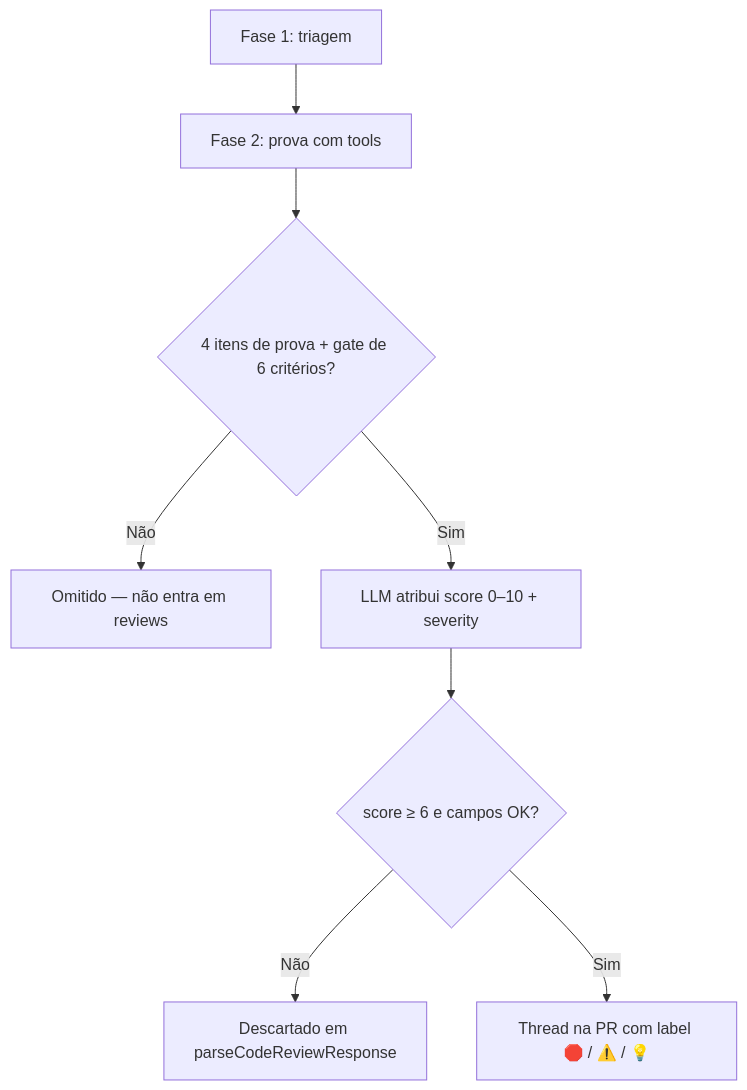
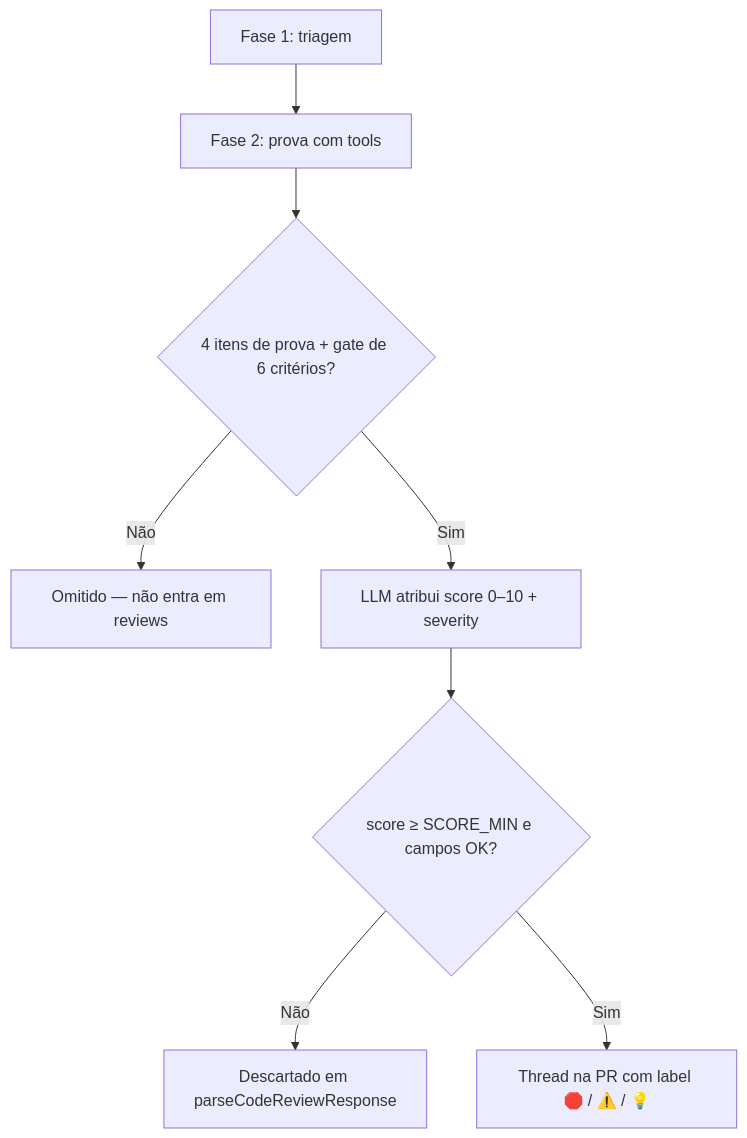
Before and after one commit to jpolvora/cursor-reviewer: the diagram in docs/score_calc.md, drawn with Mermaid. The commit also changed other lines of this file and 18 other files, not shown here.

First line of the commit message:
feat(config): add configurable SCORE_MIN threshold for review threads

````diff
--- a/docs/score_calc.md
+++ b/docs/score_calc.md
@@ -15,10 +15,10 @@
 ```mermaid
 flowchart TD
     A[Fase 1: triagem] --> B[Fase 2: prova com tools]
     B --> C{4 itens de prova + gate de 6 critérios?}
     C -->|Não| D[Omitido — não entra em reviews]
     C -->|Sim| E[LLM atribui score 0–10 + severity]
-    E --> F{score ≥ 6 e campos OK?}
+    E --> F{score ≥ SCORE_MIN e campos OK?}
     F -->|Não| G[Descartado em parseCodeReviewResponse]
     F -->|Sim| H[Thread na PR com label 🛑 / ⚠️ / 💡]
 ```
````
